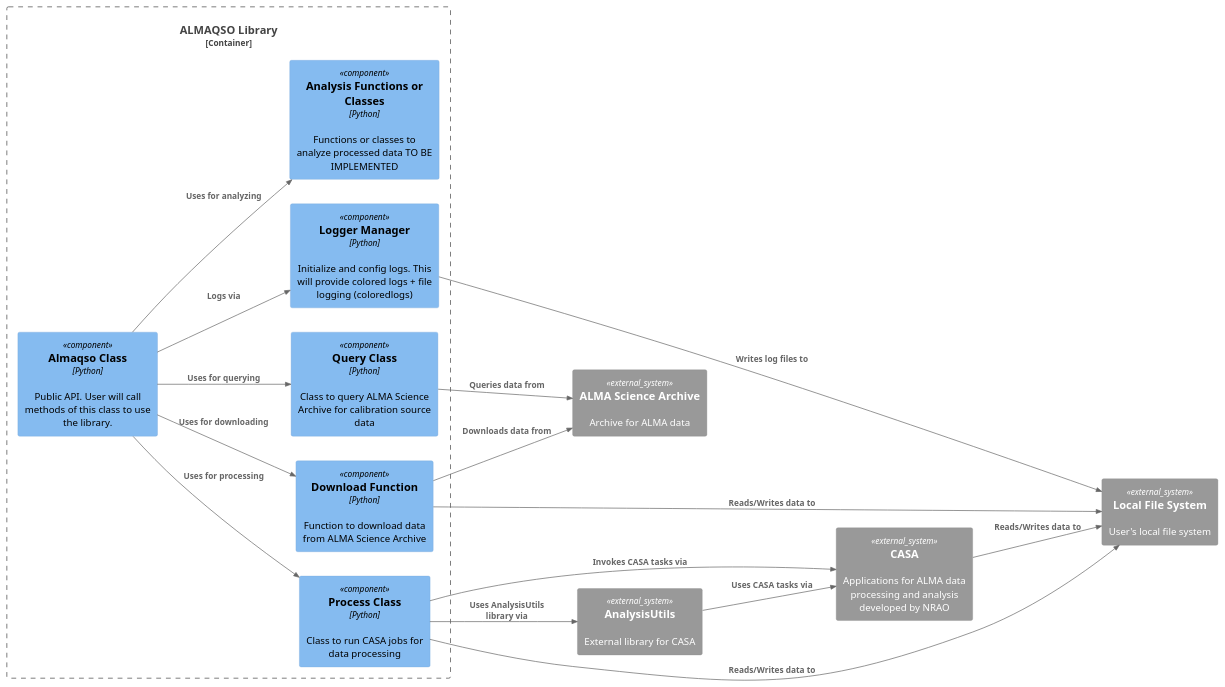
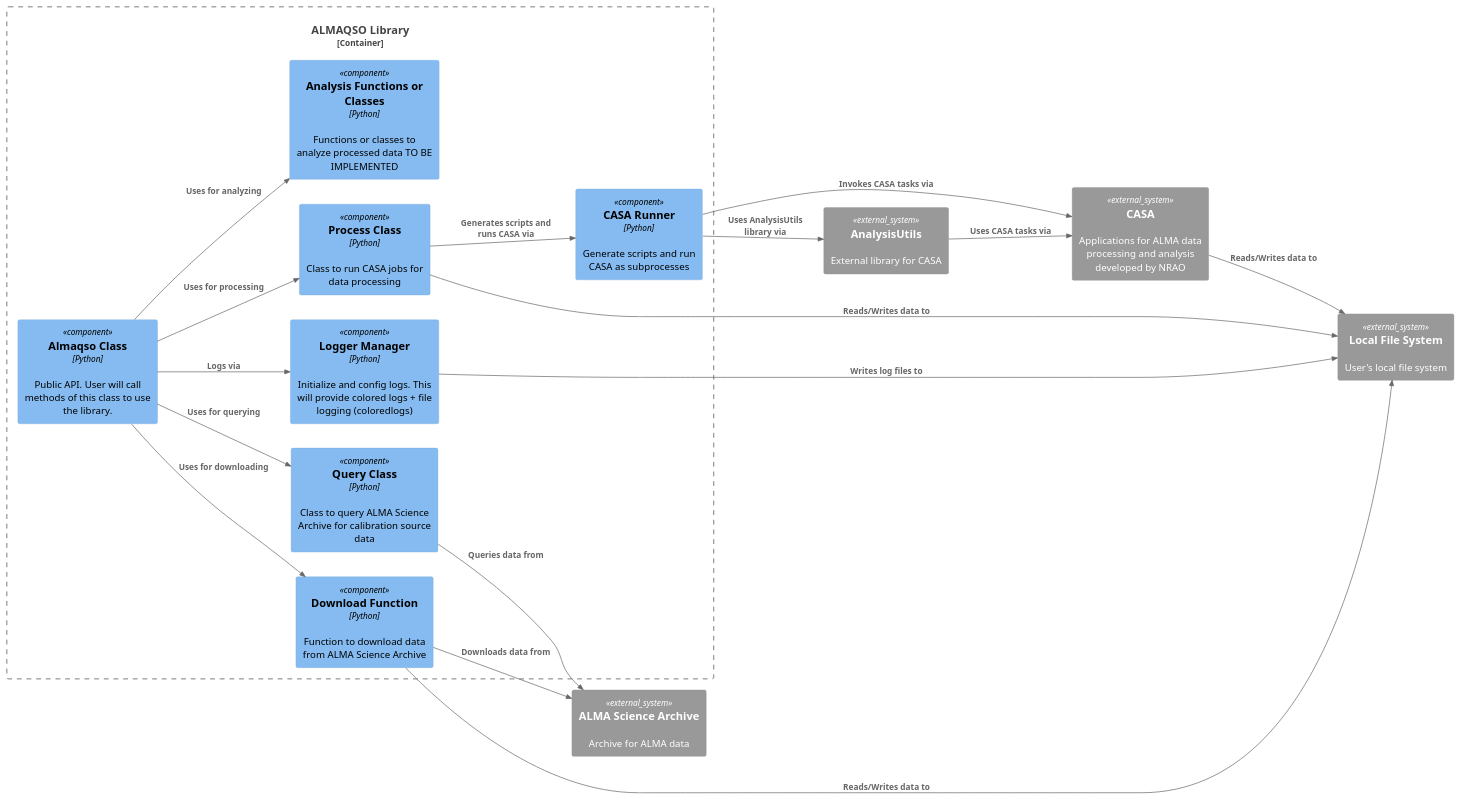
The diagram in docs/diagrams/L3-component.puml (akimasanishida/almaqso), drawn with PlantUML before and after one commit. The commit also changed 9 other files, not shown here.

```diff
--- a/docs/diagrams/L3-component.puml
+++ b/docs/diagrams/L3-component.puml
@@ -1,34 +1,36 @@
 @startuml L3-component
 !include https://raw.githubusercontent.com/plantuml-stdlib/C4-PlantUML/master/C4_Component.puml
 
 LAYOUT_LEFT_RIGHT()
 
 Container_Boundary(almaqso_lib, "ALMAQSO Library") {
     Component(almaqso, "Almaqso Class", "Python", "Public API. User will call methods of this class to use the library.")
     Component(logmgr, "Logger Manager", "Python", "Initialize and config logs. This will provide colored logs + file logging (coloredlogs)")
     Component(query, "Query Class", "Python", "Class to query ALMA Science Archive for calibration source data")
     Component(download, "Download Function", "Python", "Function to download data from ALMA Science Archive")
     Component(process, "Process Class", "Python", "Class to run CASA jobs for data processing")
     Component(analysis, "Analysis Functions or Classes", "Python", "Functions or classes to analyze processed data TO BE IMPLEMENTED")
+    Component(casa_runner, "CASA Runner", "Python", "Generate scripts and run CASA as subprocesses")
 }
 
 System_Ext(casa, "CASA", "Applications for ALMA data processing and analysis developed by NRAO")
 System_Ext(casa_lib, "AnalysisUtils", "External library for CASA")
 System_Ext(alma_archive, "ALMA Science Archive", "Archive for ALMA data")
 System_Ext(local_fs, "Local File System", "User's local file system")
 
 Rel(almaqso, logmgr, "Logs via")
 Rel(almaqso, query, "Uses for querying")
 Rel(almaqso, download, "Uses for downloading")
 Rel(almaqso, process, "Uses for processing")
 Rel(almaqso, analysis, "Uses for analyzing")
 Rel(logmgr, local_fs, "Writes log files to")
 Rel(query, alma_archive, "Queries data from")
 Rel(download, alma_archive, "Downloads data from")
 Rel(download, local_fs, "Reads/Writes data to")
-Rel(process, casa, "Invokes CASA tasks via")
-Rel(process, casa_lib, "Uses AnalysisUtils library via")
 Rel(process, local_fs, "Reads/Writes data to")
+Rel(process, casa_runner, "Generates scripts and runs CASA via")
+Rel(casa_runner, casa, "Invokes CASA tasks via")
+Rel(casa_runner, casa_lib, "Uses AnalysisUtils library via")
 Rel(casa, local_fs, "Reads/Writes data to")
 Rel(casa_lib, casa, "Uses CASA tasks via")
 @enduml
```
